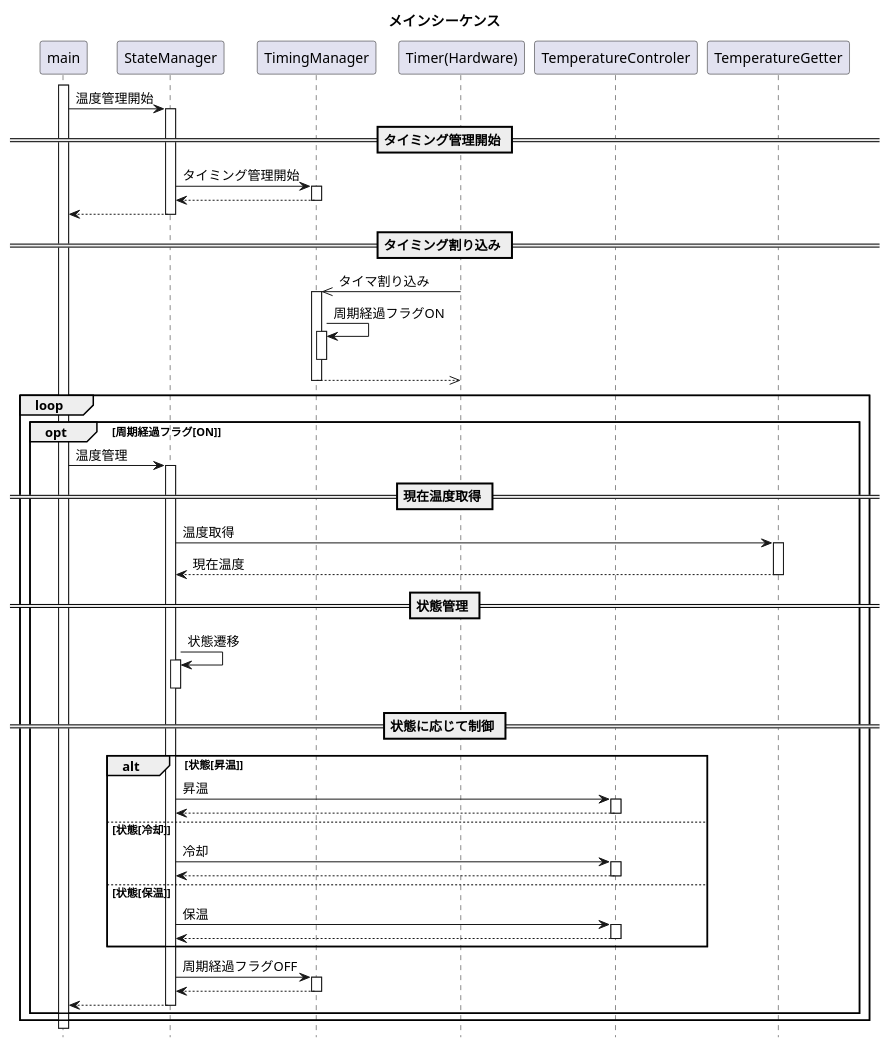
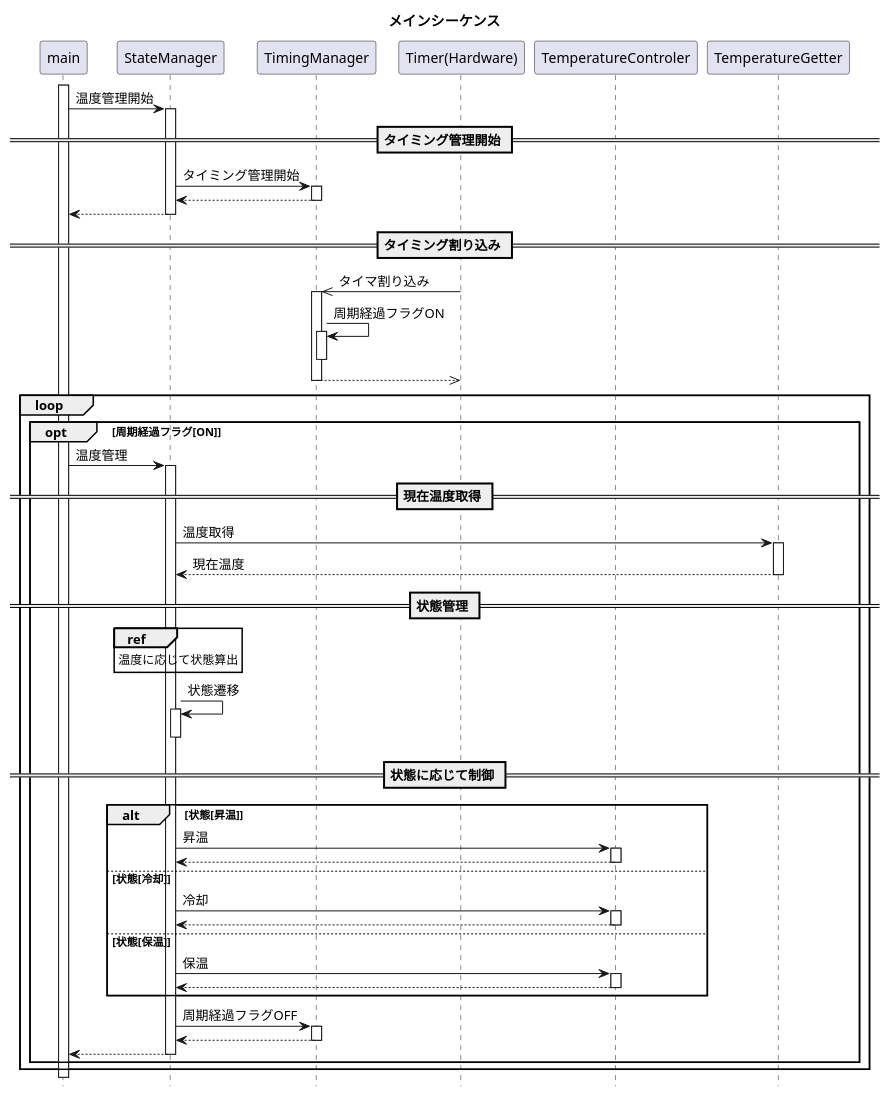
The diagram in UML/sequence/mainsequence.plantuml (goheisystem/softwareDocuments), drawn with PlantUML before and after one commit. The commit also changed 1 other file, not shown here.

Commit message:
状態遷移図追加

```diff
--- a/UML/sequence/mainsequence.plantuml
+++ b/UML/sequence/mainsequence.plantuml
@@ -1,79 +1,81 @@
 @startuml
 
 hide footbox
 
 title メインシーケンス
 
 
 participant "main" as FuncMain
 participant "StateManager" as ClassStateManager
 participant "TimingManager" as ClassTimingManager
 participant "Timer(Hardware)" as HardwareTimer
 participant "TemperatureControler" as ClassTemperatureControler
 participant "TemperatureGetter" as ClassTemperatureGetter
 
 activate FuncMain
 
 FuncMain -> ClassStateManager : 温度管理開始
   activate ClassStateManager
 
 == タイミング管理開始 ==
 ClassStateManager -> ClassTimingManager : タイミング管理開始
   activate ClassTimingManager
 ClassStateManager <-- ClassTimingManager
   deactivate ClassTimingManager
 
 FuncMain <-- ClassStateManager
   deactivate ClassStateManager
 
 == タイミング割り込み ==
 ClassTimingManager <<- HardwareTimer : タイマ割り込み
   activate ClassTimingManager
 ClassTimingManager -> ClassTimingManager : 周期経過フラグON
   activate ClassTimingManager
   deactivate ClassTimingManager
 ClassTimingManager -->> HardwareTimer
   deactivate ClassTimingManager
 
 loop
   opt 周期経過フラグ[ON]
   FuncMain -> ClassStateManager : 温度管理
     activate ClassStateManager
     == 現在温度取得 ==
     ClassStateManager -> ClassTemperatureGetter : 温度取得
       activate ClassTemperatureGetter
     ClassStateManager <-- ClassTemperatureGetter : 現在温度
       deactivate ClassTemperatureGetter
 
     == 状態管理 ==
+    ref over ClassStateManager : 温度に応じて状態算出
+
     ClassStateManager -> ClassStateManager : 状態遷移
       activate ClassStateManager
       deactivate ClassStateManager
 
     == 状態に応じて制御 ==
     alt 状態[昇温]
       ClassStateManager -> ClassTemperatureControler : 昇温
         activate ClassTemperatureControler
       ClassStateManager <-- ClassTemperatureControler
         deactivate ClassTemperatureControler
     else 状態[冷却]
       ClassStateManager -> ClassTemperatureControler : 冷却
         activate ClassTemperatureControler
       ClassStateManager <-- ClassTemperatureControler
         deactivate ClassTemperatureControler
     else 状態[保温]
       ClassStateManager -> ClassTemperatureControler : 保温
         activate ClassTemperatureControler
       ClassStateManager <-- ClassTemperatureControler
         deactivate ClassTemperatureControler
     end
     ClassStateManager -> ClassTimingManager :  周期経過フラグOFF
       activate ClassTimingManager
     ClassStateManager <-- ClassTimingManager
       deactivate ClassTimingManager
 
     FuncMain <-- ClassStateManager
       deactivate ClassStateManager
   end
 end
 @enduml
```
